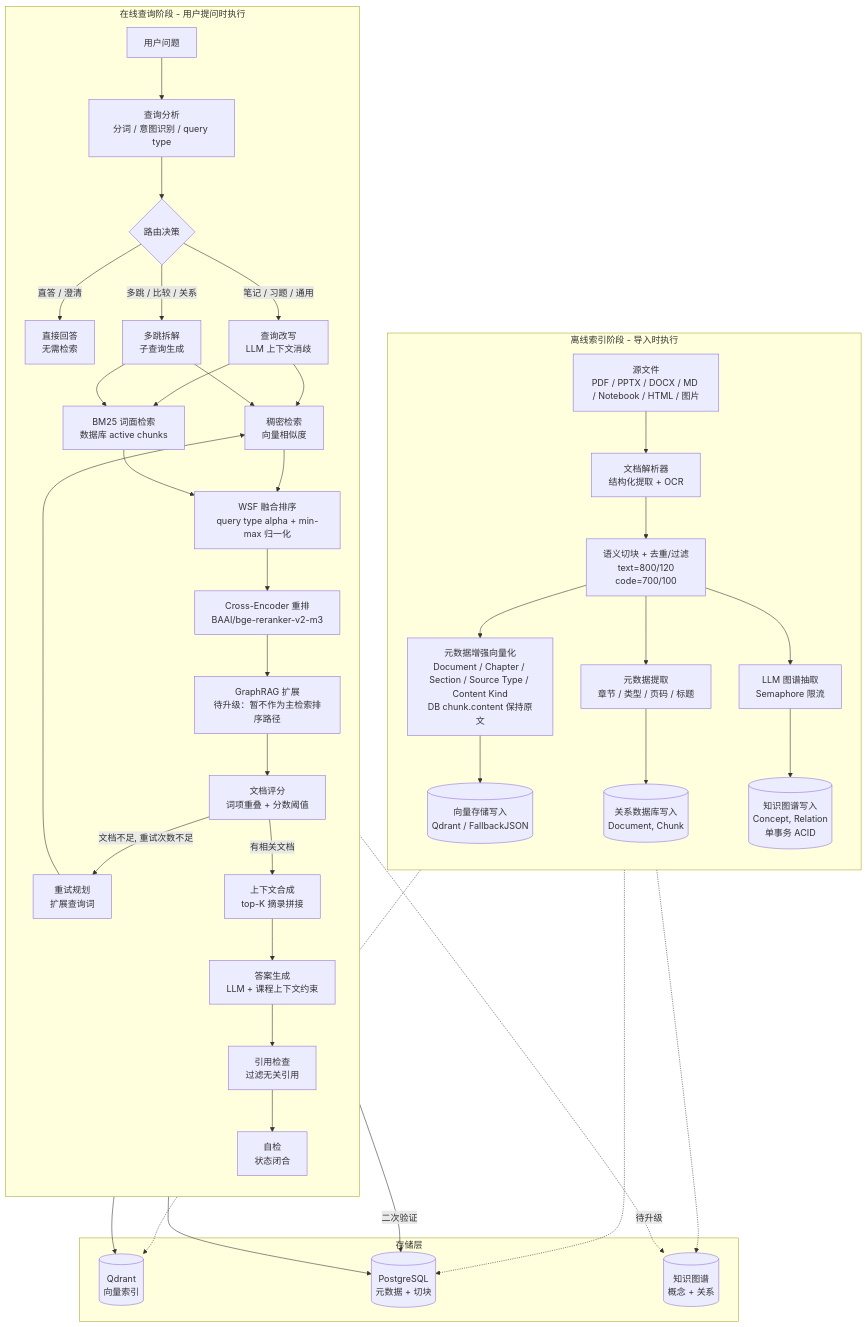
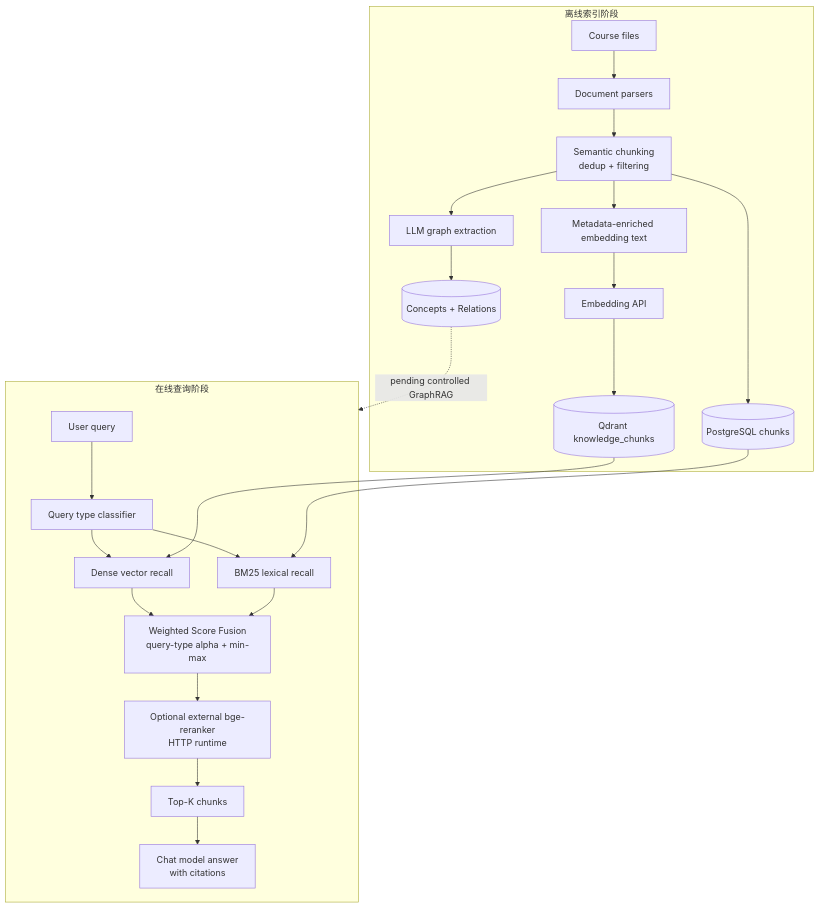
One commit to Sggggt/DialoGraph changed the fifth of 7 diagrams in README.md. Above: the diagram before and after it, drawn with Mermaid. The commit also changed other lines of this file and 26 other files, not shown here.

````diff
--- a/README.md
+++ b/README.md
@@ -347,53 +195,28 @@
 ```mermaid
 flowchart TB
-    subgraph IDX["离线索引阶段 - 导入时执行"]
-        direction TB
-        SRC["源文件<br/>PDF / PPTX / DOCX / MD / Notebook / HTML / 图片"]
-        SRC --> PARSE["文档解析器<br/>结构化提取 + OCR"]
-        PARSE --> CHUNK["语义切块 + 去重/过滤<br/>text=800/120<br/>code=700/100"]
-        CHUNK --> EMB["元数据增强向量化<br/>Document / Chapter / Section / Source Type / Content Kind<br/>DB chunk.content 保持原文"]
-        CHUNK --> META["元数据提取<br/>章节 / 类型 / 页码 / 标题"]
-        EMB --> VEC_W[("向量存储写入<br/>Qdrant / FallbackJSON")]
-        META --> DB_W[("关系数据库写入<br/>Document, Chunk")]
-        CHUNK --> LLM_G["LLM 图谱抽取<br/>Semaphore 限流"]
-        LLM_G --> GRAPH_W[("知识图谱写入<br/>Concept, Relation<br/>单事务 ACID")]
+    subgraph OFFLINE["离线索引阶段"]
+        SRC["Course files"] --> PARSE["Document parsers"]
+        PARSE --> CHUNK["Semantic chunking<br/>dedup + filtering"]
+        CHUNK --> EMBTXT["Metadata-enriched embedding text"]
+        EMBTXT --> EMB["Embedding API"]
+        EMB --> VEC[("Qdrant knowledge_chunks")]
+        CHUNK --> DBW[("PostgreSQL chunks")]
+        CHUNK --> GRAPH_EXTRACT["LLM graph extraction"]
+        GRAPH_EXTRACT --> KG[("Concepts + Relations")]
     end
 
-    subgraph QRY["在线查询阶段 - 用户提问时执行"]
-        direction TB
-        Q["用户问题"] --> QA["查询分析<br/>分词 / 意图识别 / query type"]
-        QA --> ROUTE{"路由决策"}
-        ROUTE -->|直答 / 澄清| DIRECT["直接回答<br/>无需检索"]
-        ROUTE -->|笔记 / 习题 / 通用| REWRITE["查询改写<br/>LLM 上下文消歧"]
-        ROUTE -->|多跳 / 比较 / 关系| MULTI_HOP["多跳拆解<br/>子查询生成"]
-        REWRITE --> DENSE["稠密检索<br/>向量相似度"]
-        REWRITE --> LEX["BM25 词面检索<br/>数据库 active chunks"]
-        MULTI_HOP --> DENSE
-        MULTI_HOP --> LEX
-        DENSE --> WSF["WSF 融合排序<br/>query type alpha + min-max 归一化"]
-        LEX --> WSF
-        WSF --> RERANK["Cross-Encoder 重排<br/>BAAI/bge-reranker-v2-m3"]
-        RERANK --> GRAPH_EXT["GraphRAG 扩展<br/>待升级：暂不作为主检索排序路径"]
-        GRAPH_EXT --> GRADE["文档评分<br/>词项重叠 + 分数阈值"]
-        GRADE -->|文档不足, 重试次数不足| RETRY["重试规划<br/>扩展查询词"]
-        RETRY --> DENSE
-        GRADE -->|有相关文档| CTX["上下文合成<br/>top-K 摘录拼接"]
-        CTX --> GEN["答案生成<br/>LLM + 课程上下文约束"]
-        GEN --> CITE["引用检查<br/>过滤无关引用"]
-        CITE --> SELF["自检<br/>状态闭合"]
+    subgraph ONLINE["在线查询阶段"]
+        Q["User query"] --> QT["Query type classifier"]
+        QT --> DENSE["Dense vector recall"]
+        QT --> BM25["BM25 lexical recall"]
+        DENSE --> WSF["Weighted Score Fusion<br/>query-type alpha + min-max"]
+        BM25 --> WSF
+        WSF --> RERANK["Optional external bge-reranker<br/>HTTP runtime"]
+        RERANK --> TOPK["Top-K chunks"]
+        TOPK --> ANSWER["Chat model answer<br/>with citations"]
     end
 
-    subgraph STR["存储层"]
-        VEC[("Qdrant<br/>向量索引")]
-        DB[("PostgreSQL<br/>元数据 + 切块")]
-        KG[("知识图谱<br/>概念 + 关系")]
-    end
-
-    VEC_W -.-> VEC
-    DB_W -.-> DB
-    GRAPH_W -.-> KG
-    DENSE --> VEC
-    LEX --> DB
-    GRAPH_EXT -. "待升级" .-> KG
-    GRADE -->|二次验证| DB
+    VEC --> DENSE
+    DBW --> BM25
+    KG -. "pending controlled GraphRAG" .-> ONLINE
 ```
````
